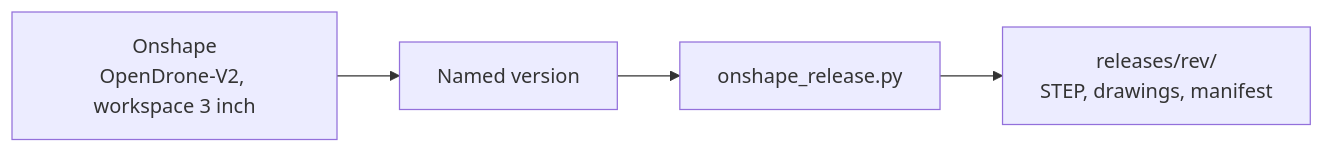
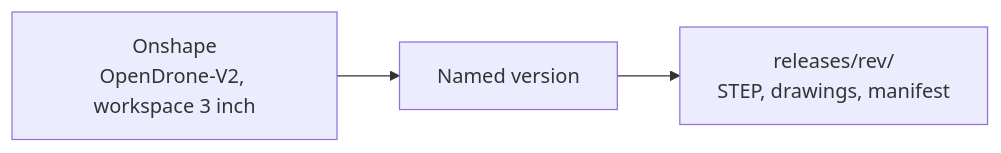
One commit to OpenDrone-hw/OpenFrame-3F changed the diagram in README.md. Above: the diagram before and after it, drawn with Mermaid. The commit also changed other lines of this file, not shown here.

````diff
--- a/README.md
+++ b/README.md
@@ -17,6 +17,5 @@
 ```mermaid
 flowchart LR
   O["Onshape<br/>OpenDrone-V2, workspace 3 inch"] --> V["Named version"]
-  V --> E["onshape_release.py"]
-  E --> R["releases/rev/<br/>STEP, drawings, manifest"]
+  V --> R["releases/rev/<br/>STEP, drawings, manifest"]
 ```
````
